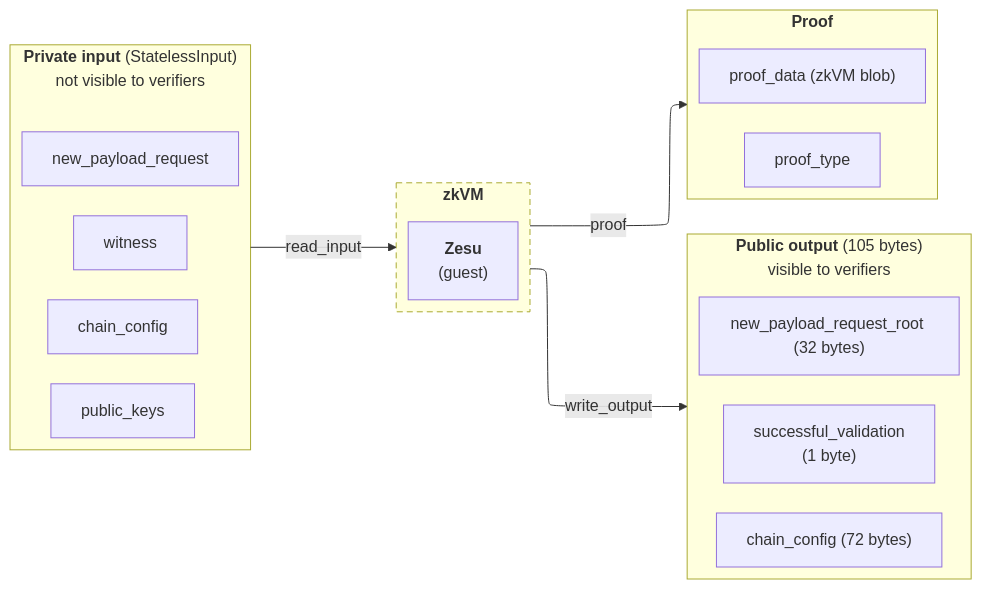
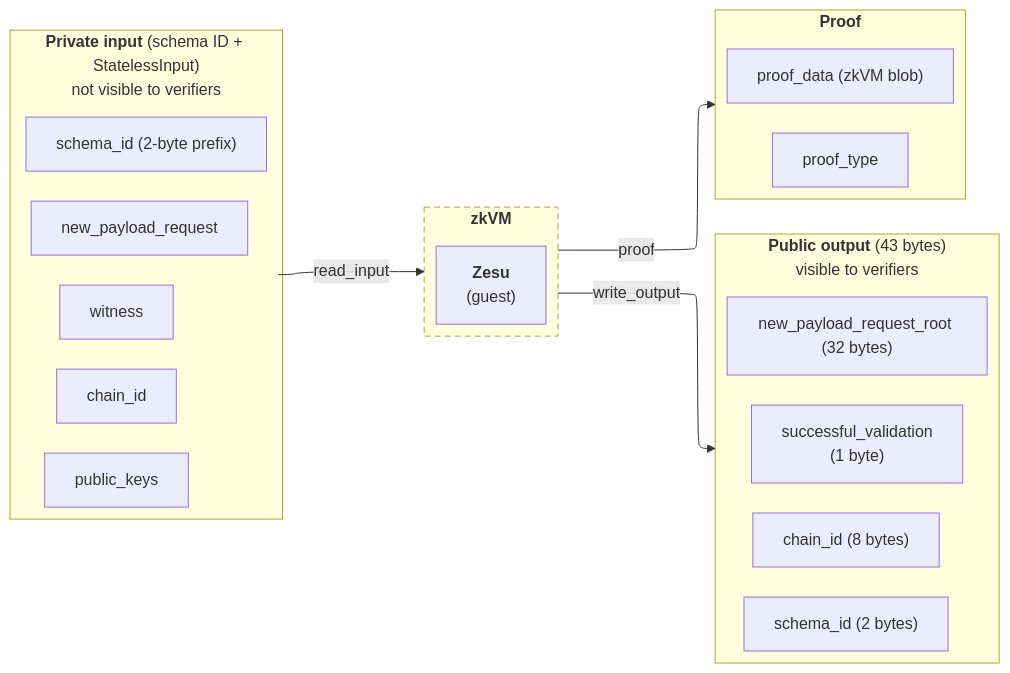
One commit to Consensys/doc.zesu changed the diagram in docs/concepts/inputs-and-outputs.mdx. Above: the diagram before and after it, drawn with Mermaid. The commit also changed other lines of this file and 3 other files, not shown here.

````diff
--- a/docs/concepts/inputs-and-outputs.mdx
+++ b/docs/concepts/inputs-and-outputs.mdx
@@ -34,39 +33,41 @@
 ```mermaid
 ---
 config:
   layout: elk
   elk:
     nodePlacementStrategy: LINEAR_SEGMENTS
 ---
 flowchart LR
-    subgraph input["`**Private input** (StatelessInput)<br/>not visible to verifiers`"]
+    subgraph input["`**Private input** (schema ID + StatelessInput)<br/>not visible to verifiers`"]
         direction TB
+        F0["schema_id (2-byte prefix)"]
         F1[new_payload_request]
         F2[witness]
-        F3[chain_config]
+        F3[chain_id]
         F4[public_keys]
     end
     subgraph zkvm["`**zkVM**`"]
         Z["`**Zesu**<br/>(guest)`"]
     end
-    subgraph pubout["`**Public output** (105 bytes)<br/>visible to verifiers`"]
+    subgraph pubout["`**Public output** (43 bytes)<br/>visible to verifiers`"]
         direction TB
         O1["new_payload_request_root (32 bytes)"]
         O2["successful_validation<br/>(1 byte)"]
-        O3["chain_config (72 bytes)"]
+        O3["chain_id (8 bytes)"]
+        O4["schema_id (2 bytes)"]
     end
     subgraph proof["`**Proof**`"]
         direction TB
         P1["proof_data (zkVM blob)"]
         P2[proof_type]
     end
-    F1 ~~~ F2 ~~~ F3 ~~~ F4
-    O1 ~~~ O2 ~~~ O3
+    F0 ~~~ F1 ~~~ F2 ~~~ F3 ~~~ F4
+    O1 ~~~ O2 ~~~ O3 ~~~ O4
     P1 ~~~ P2
     input -->|read_input| zkvm
     zkvm -->|write_output| pubout
     zkvm -->|proof| proof
     class pubout,proof blueBox
     class input grayBox
     style zkvm stroke-dasharray:6 4
 ```
````
